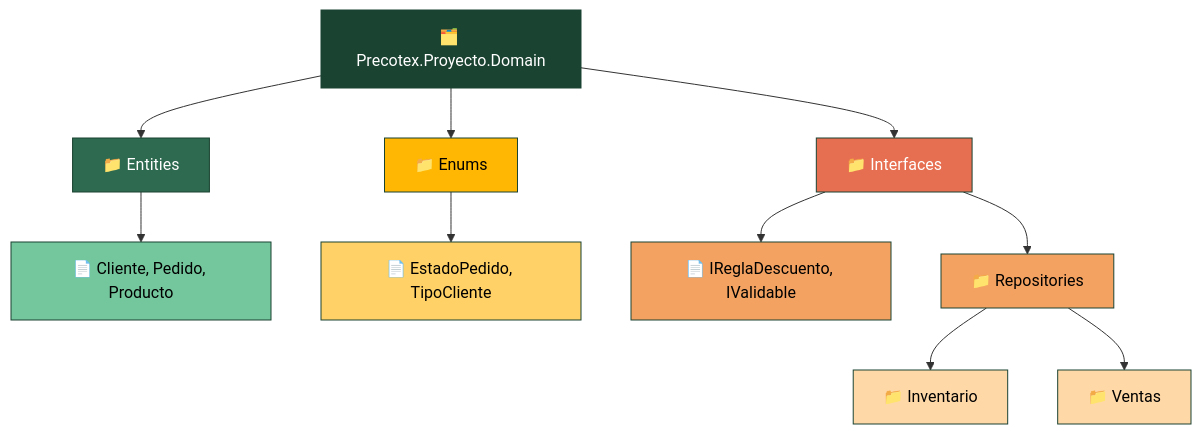
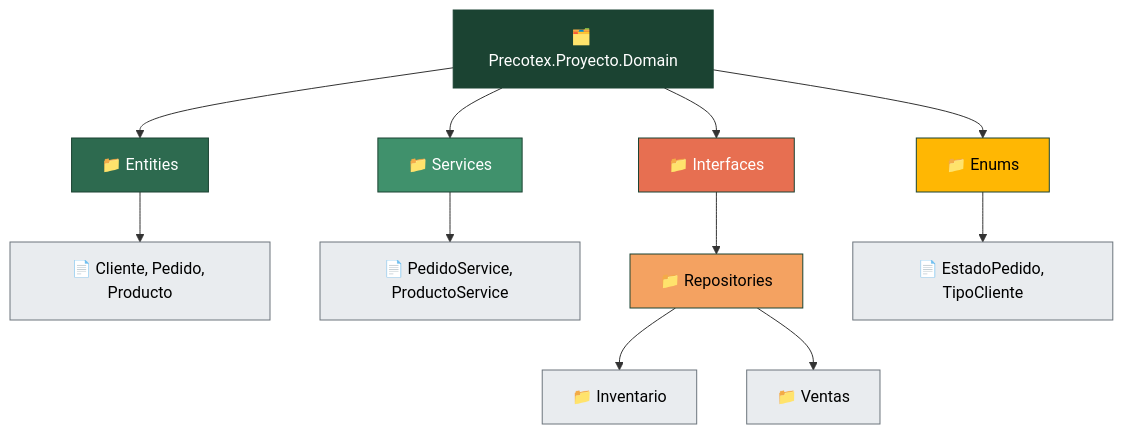
Before and after one commit to jhoncalleflores1035/precotex-backend-arquitectura: the first of 3 diagrams in PrecotexProyecto/src/Precotex.Proyecto.Domain/README.md, drawn with Mermaid. The commit also changed other lines of this file and 2 other files, not shown here.

Commit message:
Domain actualizado

````diff
--- a/PrecotexProyecto/src/Precotex.Proyecto.Domain/README.md
+++ b/PrecotexProyecto/src/Precotex.Proyecto.Domain/README.md
@@ -17,24 +11,28 @@
 ```mermaid
 flowchart TD
-    ROOT[🗂️ Precotex.Proyecto.Domain]
-    ROOT --> ENT[📁 Entities]
-    ENT --> ENTF[📄 Cliente, Pedido, Producto]
-    ROOT --> ENUM[📁 Enums]
-    ENUM --> ENUMF[📄 EstadoPedido, TipoCliente]
-    ROOT --> INT[📁 Interfaces]
-    INT --> INTF[📄 IReglaDescuento, IValidable]
-    INT --> INTREPO[📁 Repositories]
-    INTREPO --> INTREPOINV[📁 Inventario]
-    INTREPO --> INTREPOVEN[📁 Ventas]
+    ROOT["🗂️ Precotex.Proyecto.Domain"]
+    ROOT --> ENT["📁 Entities"]
+    ROOT --> SERV["📁 Services"]
+    ROOT --> INT["📁 Interfaces"]
+    ROOT --> ENUM["📁 Enums"]
+
+    ENT --> ENTF["📄 Cliente, Pedido, Producto"]
+    SERV --> SERVF["📄 PedidoService, ProductoService"]
+    INT --> INTREPO["📁 Repositories"]
+    ENUM --> ENUMF["📄 EstadoPedido, TipoCliente"]
+
+    INTREPO --> INTREPOINV["📁 Inventario"]
+    INTREPO --> INTREPOVEN["📁 Ventas"]
 
     style ROOT fill:#1b4332,stroke:#1b4332,color:#fff
     style ENT fill:#2d6a4f,stroke:#1b4332,color:#fff
-    style ENTF fill:#74c69d,stroke:#1b4332,color:#000
+    style SERV fill:#40916c,stroke:#1b4332,color:#fff
+    style INT fill:#e76f51,stroke:#1b4332,color:#fff
     style ENUM fill:#ffb703,stroke:#1b4332,color:#000
-    style ENUMF fill:#ffd166,stroke:#1b4332,color:#000
-    style INT fill:#e76f51,stroke:#1b4332,color:#fff
-    style INTF fill:#f4a261,stroke:#1b4332,color:#000
+    style ENTF fill:#e9ecef,stroke:#6c757d,color:#000
+    style SERVF fill:#e9ecef,stroke:#6c757d,color:#000
     style INTREPO fill:#f4a261,stroke:#1b4332,color:#000
-    style INTREPOINV fill:#ffd8a8,stroke:#1b4332,color:#000
-    style INTREPOVEN fill:#ffd8a8,stroke:#1b4332,color:#000
+    style ENUMF fill:#e9ecef,stroke:#6c757d,color:#000
+    style INTREPOINV fill:#e9ecef,stroke:#6c757d,color:#000
+    style INTREPOVEN fill:#e9ecef,stroke:#6c757d,color:#000
 ```
````
